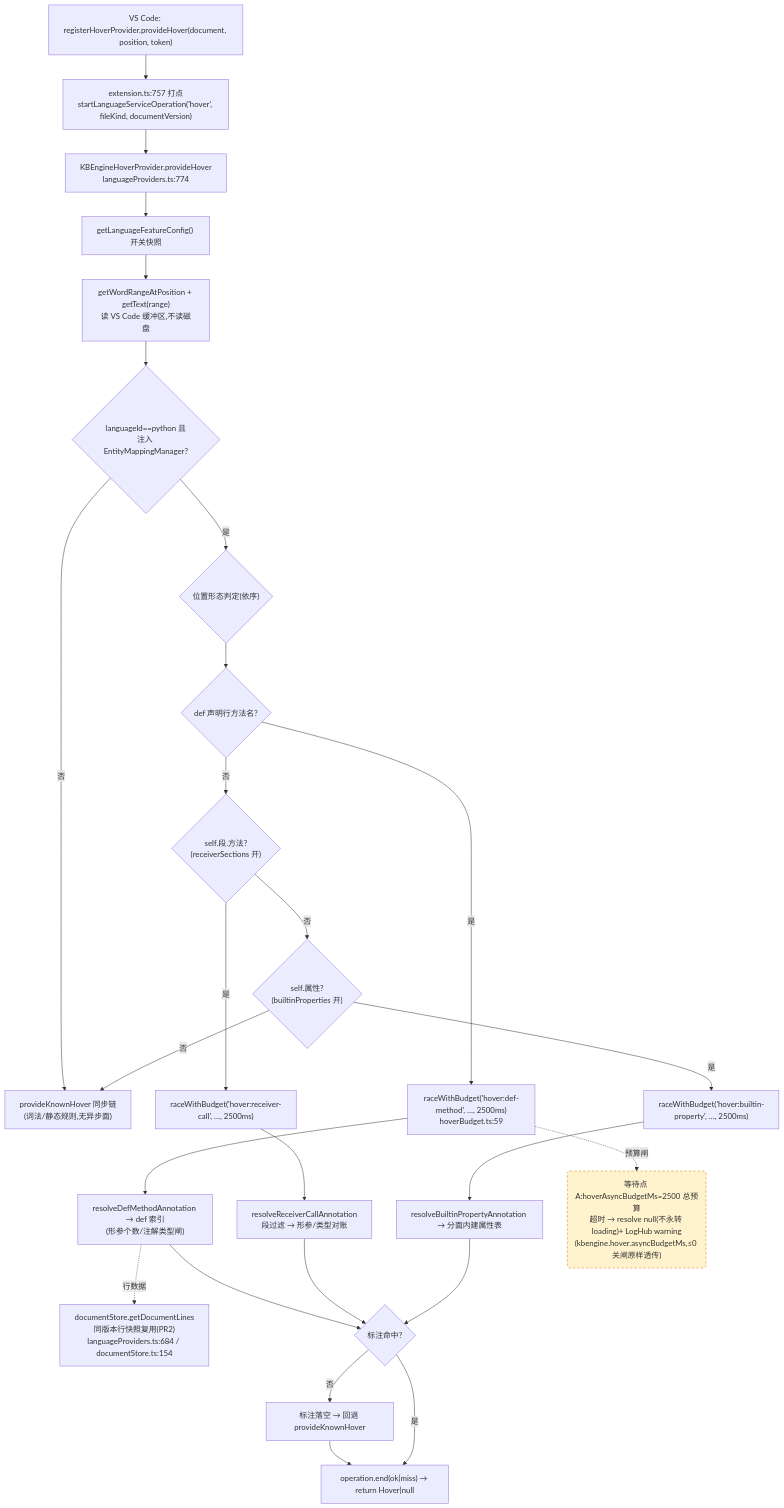
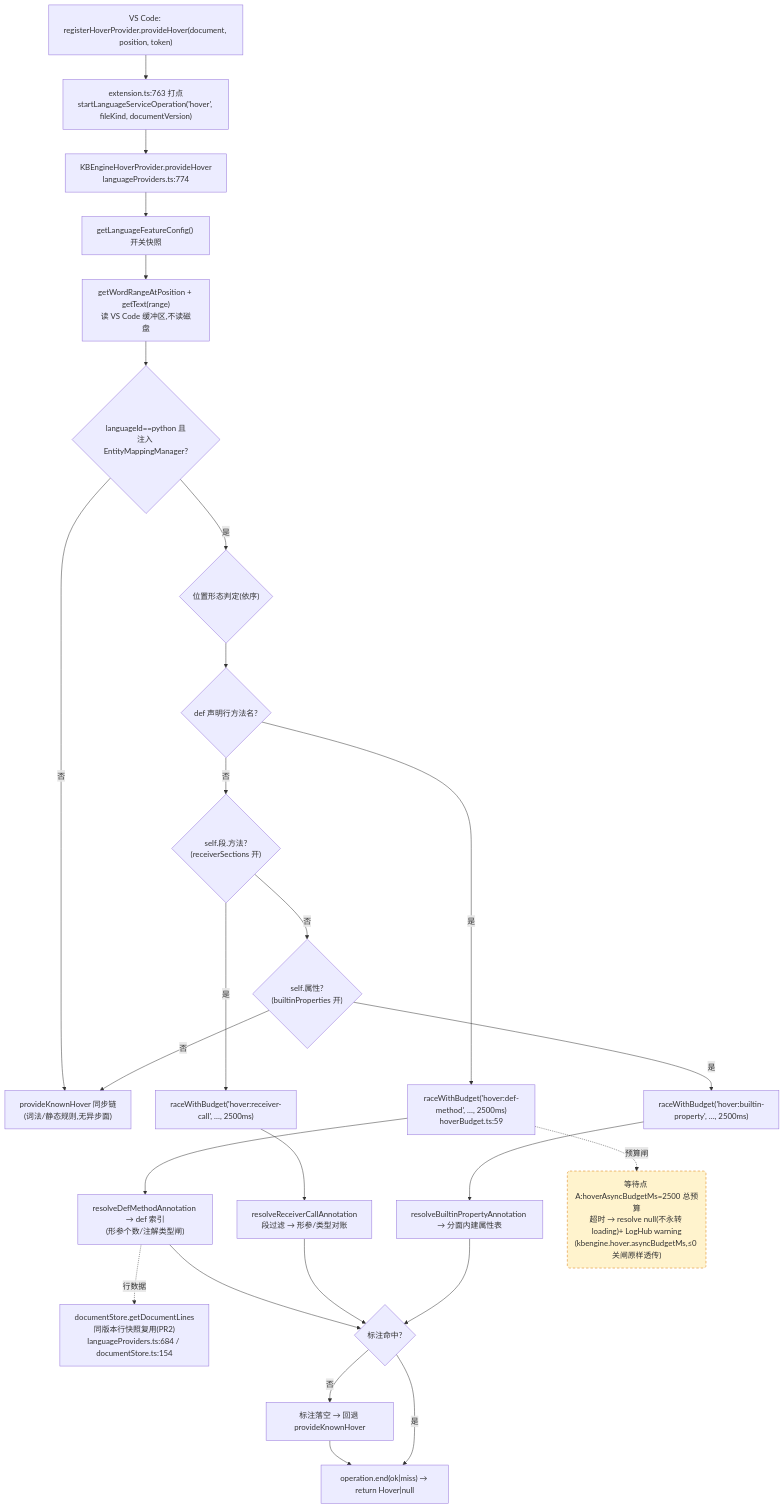
Before and after one commit to cuihairu/kode: the first of 4 diagrams in docs/perf/2026-baseline.md, drawn with Mermaid. The commit also changed other lines of this file and 8 other files, not shown here.

````diff
--- a/docs/perf/2026-baseline.md
+++ b/docs/perf/2026-baseline.md
@@ -82,45 +82,45 @@
 ```mermaid
 flowchart TD
   VC1["VS Code: registerHoverProvider.provideHover(document, position, token)"]
-  M1["extension.ts:757 打点<br/>startLanguageServiceOperation('hover', fileKind, documentVersion)"]
+  M1["extension.ts:763 打点<br/>startLanguageServiceOperation('hover', fileKind, documentVersion)"]
   HP["KBEngineHoverProvider.provideHover<br/>languageProviders.ts:774"]
   CFG["getLanguageFeatureConfig() 开关快照"]
   WORD["getWordRangeAtPosition + getText(range)<br/>读 VS Code 缓冲区,不读磁盘"]
   BR{"languageId==python 且<br/>注入 EntityMappingManager?"}
   KN["provideKnownHover 同步链<br/>(词法/静态规则,无异步面)"]
   POS{"位置形态判定(依序)"}
   D1{"def 声明行方法名?"}
   D2{"self.段.方法?<br/>(receiverSections 开)"}
   D3{"self.属性?<br/>(builtinProperties 开)"}
   RA1["raceWithBudget('hover:def-method', …, 2500ms)<br/>hoverBudget.ts:59"]
   RA2["raceWithBudget('hover:receiver-call', …, 2500ms)"]
   RA3["raceWithBudget('hover:builtin-property', …, 2500ms)"]
   RS1["resolveDefMethodAnnotation → def 索引<br/>(形参个数/注解类型闸)"]
   RS2["resolveReceiverCallAnnotation<br/>段过滤 → 形参/类型对账"]
   RS3["resolveBuiltinPropertyAnnotation → 分面内建属性表"]
   LINES["documentStore.getDocumentLines<br/>同版本行快照复用(PR2)<br/>languageProviders.ts:684 / documentStore.ts:154"]
   MISS["标注落空 → 回退 provideKnownHover"]
   END1["operation.end(ok|miss) → return Hover|null"]
 
   VC1 --> M1 --> HP --> CFG --> WORD --> BR
   BR -- "否" --> KN
   BR -- "是" --> POS --> D1
   D1 -- "是" --> RA1 --> RS1
   D1 -- "否" --> D2
   D2 -- "是" --> RA2 --> RS2
   D2 -- "否" --> D3
   D3 -- "是" --> RA3 --> RS3
   D3 -- "否" --> KN
   RS1 --> HIT{"标注命中?"}
   RS2 --> HIT
   RS3 --> HIT
   RS1 -.->|行数据| LINES
   HIT -- "否" --> MISS --> END1
   HIT -- "是" --> END1
 
   WAITA("等待点 A:hoverAsyncBudgetMs=2500 总预算<br/>超时 → resolve null(不永转 loading)+ LogHub warning<br/>(kbengine.hover.asyncBudgetMs,≤0 关闸原样透传)")
   RA1 -.->|预算闸| WAITA
 
   classDef waitPoint fill:#fff3cd,stroke:#d97706,stroke-dasharray:5 4;
   class WAITA waitPoint;
 ```
````
